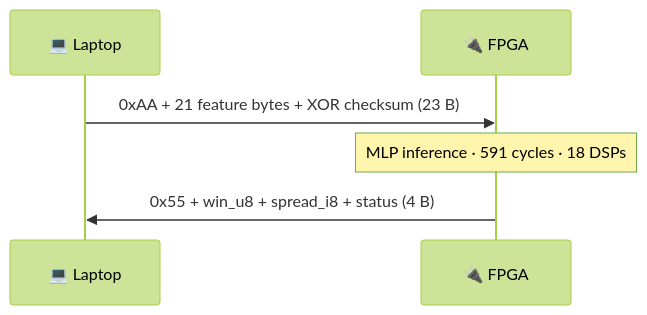
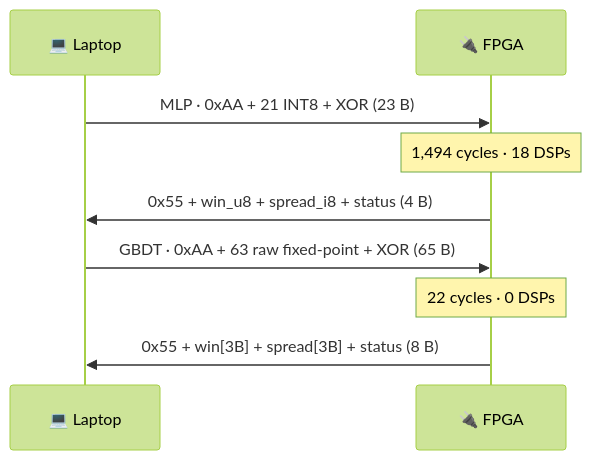
Before and after one commit to Kanishk234/nfl-fpga-accelerator: the second of 3 diagrams in README.md, drawn with Mermaid (forest theme). The commit also changed other lines of this file and 2 other files, not shown here.

````diff
--- a/README.md
+++ b/README.md
@@ -72,8 +83,11 @@
 ```mermaid
 sequenceDiagram
     participant L as 💻 Laptop
     participant F as 🔌 FPGA
-    L->>F: 0xAA + 21 feature bytes + XOR checksum  (23 B)
-    Note over F: MLP inference · 591 cycles · 18 DSPs
+    L->>F: MLP · 0xAA + 21 INT8 + XOR   (23 B)
+    Note over F: 1,494 cycles · 18 DSPs
     F->>L: 0x55 + win_u8 + spread_i8 + status  (4 B)
+    L->>F: GBDT · 0xAA + 63 raw fixed-point + XOR   (65 B)
+    Note over F: 22 cycles · 0 DSPs
+    F->>L: 0x55 + win[3B] + spread[3B] + status  (8 B)
 ```
````
